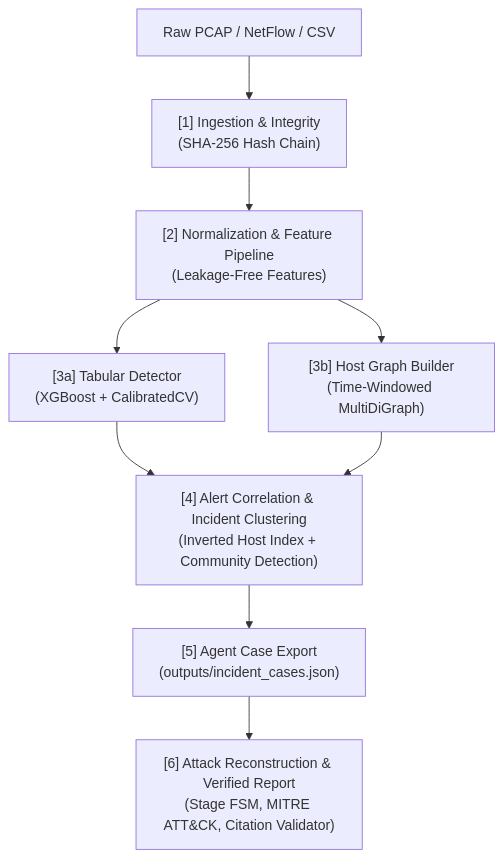
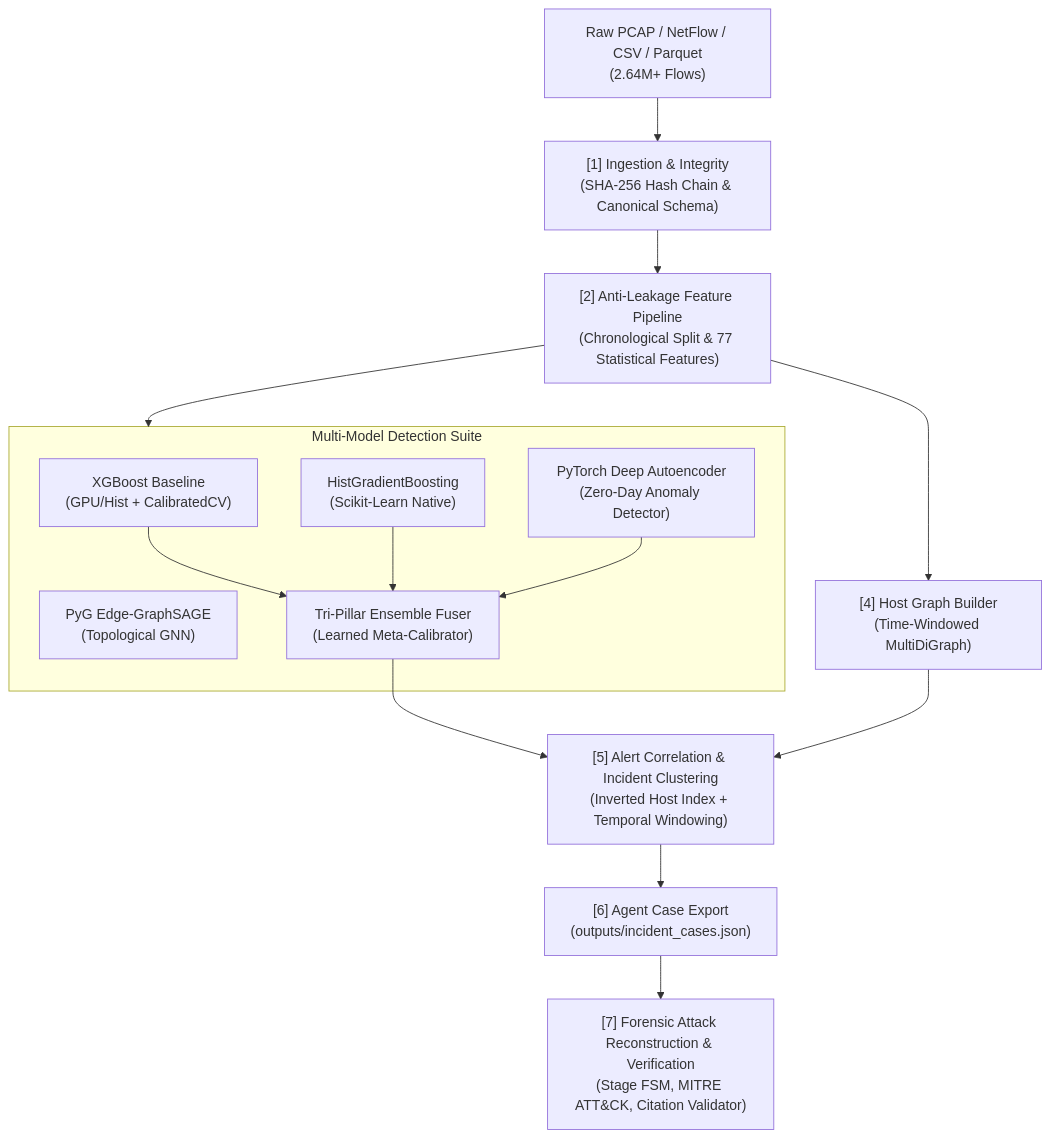
Before and after one commit to Sahityasahani1/Evigraph: the diagram in README.md, drawn with Mermaid. The commit also changed other lines of this file and 13 other files, not shown here.

````diff
--- a/README.md
+++ b/README.md
@@ -27,11 +27,21 @@
 ```mermaid
 flowchart TD
-    A["Raw PCAP / NetFlow / CSV"] --> B["[1] Ingestion & Integrity<br/>(SHA-256 Hash Chain)"]
-    B --> C["[2] Normalization & Feature Pipeline<br/>(Leakage-Free Features)"]
-    C --> D1["[3a] Tabular Detector<br/>(XGBoost + CalibratedCV)"]
-    C --> D2["[3b] Host Graph Builder<br/>(Time-Windowed MultiDiGraph)"]
-    D1 --> E["[4] Alert Correlation & Incident Clustering<br/>(Inverted Host Index + Community Detection)"]
-    D2 --> E
-    E --> F["[5] Agent Case Export<br/>(outputs/incident_cases.json)"]
-    F --> G["[6] Attack Reconstruction & Verified Report<br/>(Stage FSM, MITRE ATT&CK, Citation Validator)"]
+    A["Raw PCAP / NetFlow / CSV / Parquet<br/>(2.64M+ Flows)"] --> B["[1] Ingestion & Integrity<br/>(SHA-256 Hash Chain & Canonical Schema)"]
+    B --> C["[2] Anti-Leakage Feature Pipeline<br/>(Chronological Split & 77 Statistical Features)"]
+    C --> D["[3] Multi-Model Detection Suite"]
+    subgraph D ["Multi-Model Detection Suite"]
+        D1["XGBoost Baseline<br/>(GPU/Hist + CalibratedCV)"]
+        D2["HistGradientBoosting<br/>(Scikit-Learn Native)"]
+        D3["PyTorch Deep Autoencoder<br/>(Zero-Day Anomaly Detector)"]
+        D4["PyG Edge-GraphSAGE<br/>(Topological GNN)"]
+        D_ENS["Tri-Pillar Ensemble Fuser<br/>(Learned Meta-Calibrator)"]
+        D1 --> D_ENS
+        D2 --> D_ENS
+        D3 --> D_ENS
+    end
+    C --> G_BLD["[4] Host Graph Builder<br/>(Time-Windowed MultiDiGraph)"]
+    D_ENS --> E["[5] Alert Correlation & Incident Clustering<br/>(Inverted Host Index + Temporal Windowing)"]
+    G_BLD --> E
+    E --> F["[6] Agent Case Export<br/>(outputs/incident_cases.json)"]
+    F --> G["[7] Forensic Attack Reconstruction & Verification<br/>(Stage FSM, MITRE ATT&CK, Citation Validator)"]
 ```
````
